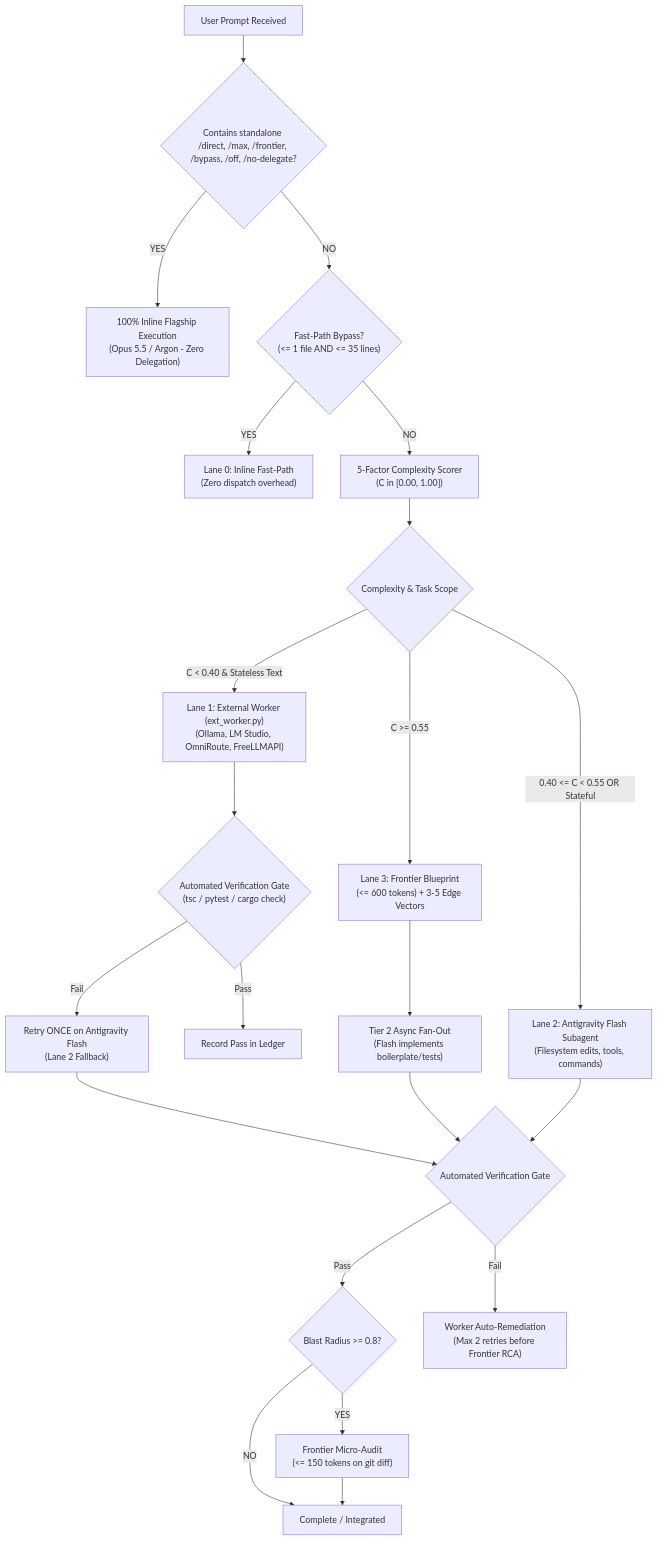
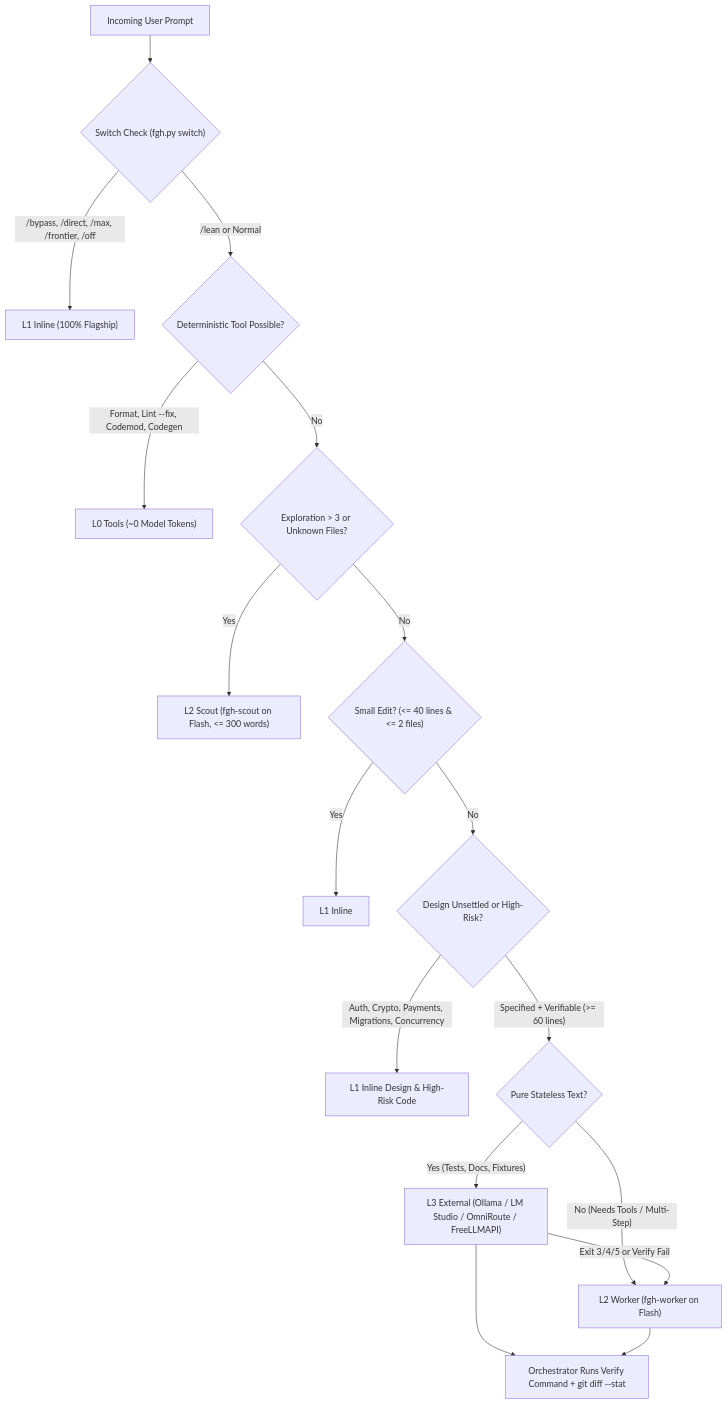
One commit to KleiinMoretti/frontier-guard-handoff changed the diagram in README.md. Above: the diagram before and after it, drawn with Mermaid. The commit also changed other lines of this file and 12 other files, not shown here.

Commit message:
feat(v5.0): complete ground-up rewrite of Frontier Guard (fgh.py CLI, 5-lane router, 38 unit tests)

````diff
--- a/README.md
+++ b/README.md
@@ -19,32 +24,24 @@
 ```mermaid
 flowchart TD
-    UserPrompt["User Prompt Received"] --> KillSwitchCheck{"Contains standalone /direct, /max, /frontier, /bypass, /off, /no-delegate?"}
+    Prompt["Incoming User Prompt"] --> Sw{"Switch Check (fgh.py switch)"}
+    Sw -->|"/bypass, /direct, /max, /frontier, /off"| L1_Sw["L1 Inline (100% Flagship)"]
+    Sw -->|"/lean or Normal"| Mech{"Deterministic Tool Possible?"}
     
-    KillSwitchCheck -- "YES" --> InlineDirect["100% Inline Flagship Execution<br>(Opus 5.5 / Argon - Zero Delegation)"]
-    KillSwitchCheck -- "NO" --> FastPathCheck{"Fast-Path Bypass?<br>(<= 1 file AND <= 35 lines)"}
+    Mech -->|"Format, Lint --fix, Codemod, Codegen"| L0["L0 Tools (~0 Model Tokens)"]
+    Mech -->|"No"| Exp{"Exploration > 3 or Unknown Files?"}
     
-    FastPathCheck -- "YES" --> InlineFast["Lane 0: Inline Fast-Path<br>(Zero dispatch overhead)"]
-    FastPathCheck -- "NO" --> ComplexityScorer["5-Factor Complexity Scorer<br>(C in [0.00, 1.00])"]
+    Exp -->|"Yes"| L2_Scout["L2 Scout (fgh-scout on Flash, <= 300 words)"]
+    Exp -->|"No"| Small{"Small Edit? (<= 40 lines & <= 2 files)"}
     
-    ComplexityScorer --> LaneRouter{"Complexity & Task Scope"}
+    Small -->|"Yes"| L1_Small["L1 Inline"]
+    Small -->|"No"| Design{"Design Unsettled or High-Risk?"}
     
-    LaneRouter -- "C < 0.40 & Stateless Text" --> Lane1["Lane 1: External Worker (ext_worker.py)<br>(Ollama, LM Studio, OmniRoute, FreeLLMAPI)"]
-    LaneRouter -- "0.40 <= C < 0.55 OR Stateful" --> Lane2["Lane 2: Antigravity Flash Subagent<br>(Filesystem edits, tools, commands)"]
-    LaneRouter -- "C >= 0.55" --> Lane3["Lane 3: Frontier Blueprint<br>(<= 600 tokens) + 3-5 Edge Vectors"]
+    Design -->|"Auth, Crypto, Payments, Migrations, Concurrency"| L1_Design["L1 Inline Design & High-Risk Code"]
+    Design -->|"Specified + Verifiable (>= 60 lines)"| TextOnly{"Pure Stateless Text?"}
     
-    Lane1 --> VerifyGate1{"Automated Verification Gate<br>(tsc / pytest / cargo check)"}
-    VerifyGate1 -- "Pass" --> LedgerPass["Record Pass in Ledger"]
-    VerifyGate1 -- "Fail" --> FlashFallback["Retry ONCE on Antigravity Flash<br>(Lane 2 Fallback)"]
-    FlashFallback --> VerifyGate2{"Automated Verification Gate"}
+    TextOnly -->|"Yes (Tests, Docs, Fixtures)"| L3["L3 External (Ollama / LM Studio / OmniRoute / FreeLLMAPI)"]
+    TextOnly -->|"No (Needs Tools / Multi-Step)"| L2_Work["L2 Worker (fgh-worker on Flash)"]
     
-    Lane3 --> Lane2FanOut["Tier 2 Async Fan-Out<br>(Flash implements boilerplate/tests)"]
-    Lane2FanOut --> VerifyGate2
-    Lane2 --> VerifyGate2
-    
-    VerifyGate2 -- "Pass" --> MicroAudit{"Blast Radius >= 0.8?"}
-    VerifyGate2 -- "Fail" --> WorkerRetry["Worker Auto-Remediation<br>(Max 2 retries before Frontier RCA)"]
-    
-    MicroAudit -- "YES" --> FrontierAudit["Frontier Micro-Audit<br>(<= 150 tokens on git diff)"]
-    MicroAudit -- "NO" --> Complete["Complete / Integrated"]
-    FrontierAudit --> Complete
+    L3 -->|"Exit 3/4/5 or Verify Fail"| L2_Work
+    L3 & L2_Work --> Verify["Orchestrator Runs Verify Command + git diff --stat"]
 ```
````
